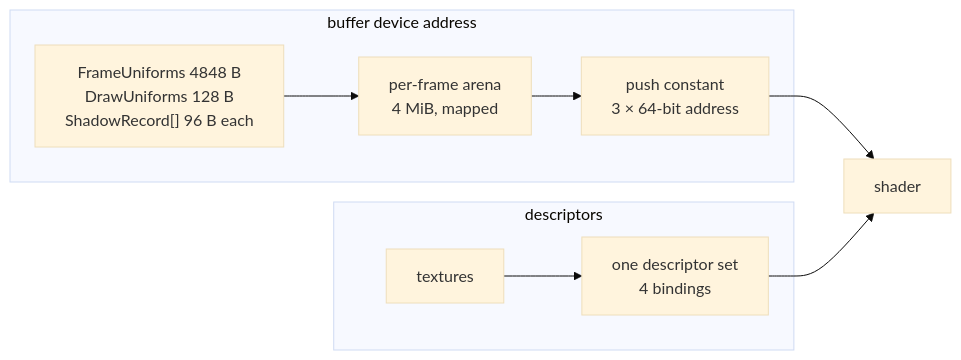
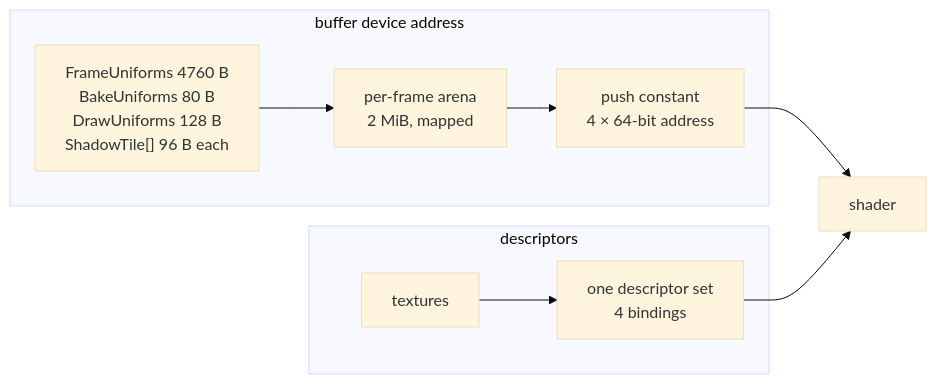
One commit to Zephyr75/overdrive changed the fourth of 5 diagrams in notes/OVERVIEW.md. Above: the diagram before and after it, drawn with Mermaid (base theme). The commit also changed other lines of this file and 55 other files, not shown here.

````diff
--- a/notes/OVERVIEW.md
+++ b/notes/OVERVIEW.md
@@ -142,12 +147,12 @@
 ```mermaid
 graph LR
     subgraph BDA["buffer device address"]
-        U["FrameUniforms 4848 B<br/>DrawUniforms 128 B<br/>ShadowRecord[] 96 B each"] --> RG["per-frame arena<br/>4 MiB, mapped"]
-        RG --> PC["push constant<br/>3 × 64-bit address"]
+        U["FrameUniforms 4760 B<br/>BakeUniforms 80 B<br/>DrawUniforms 128 B<br/>ShadowTile[] 96 B each"] --> RG["per-frame arena<br/>2 MiB, mapped"]
+        RG --> PC["push constant<br/>4 × 64-bit address"]
     end
     subgraph DESC["descriptors"]
         T["textures"] --> DS["one descriptor set<br/>4 bindings"]
     end
     PC --> SH["shader"]
     DS --> SH
 ```
````
